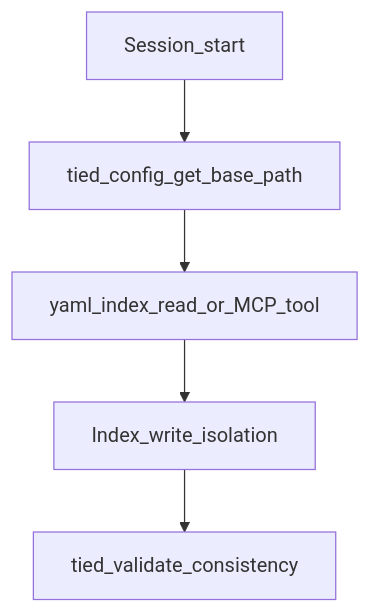
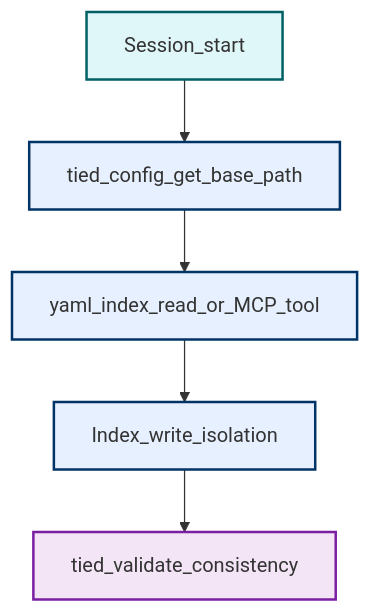
One commit to fareedst/tied changed the fourth of 14 diagrams in docs/stdd-workflows.md. Above: the diagram before and after it, drawn with Mermaid. The commit also changed other lines of this file and 18 other files, not shown here.

First line of the commit message:
Add STDD vocab visual encoding registry and term color index.

````diff
--- a/docs/stdd-workflows.md
+++ b/docs/stdd-workflows.md
@@ -112,12 +124,16 @@
 ```mermaid
 flowchart TD
-  start[Session_start]
-  base[tied_config_get_base_path]
-  read[yaml_index_read_or_MCP_tool]
-  write[Index_write_isolation]
-  validate[tied_validate_consistency]
+  %% palette: docs/visual-encoding-standards.md
+  classDef domAgentSurface fill:#e0f7fa,stroke:#006064,stroke-width:2px
+  classDef domTiedCorpus fill:#e7f0ff,stroke:#003366,stroke-width:2px
+  classDef domEvidenceAssurance fill:#f3e5f5,stroke:#7b1fa2,stroke-width:2px
+  start[Session_start]:::domAgentSurface
+  base[tied_config_get_base_path]:::domTiedCorpus
+  read[yaml_index_read_or_MCP_tool]:::domTiedCorpus
+  write[Index_write_isolation]:::domTiedCorpus
+  validate[tied_validate_consistency]:::domEvidenceAssurance
   start --> base
   base --> read
   read --> write
   write --> validate
 ```
````
